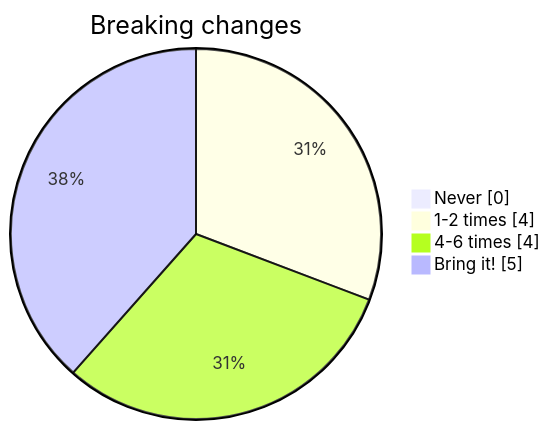
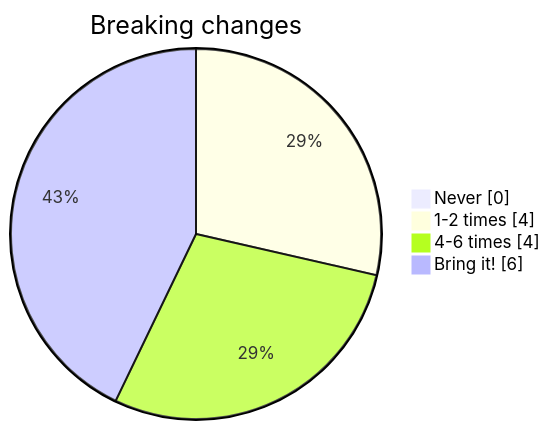
Before and after one commit to Bellfalasch/frontend-forum: the first of 2 diagrams in slides.md, drawn with Mermaid. The commit also changed other lines of this file, not shown here.

````diff
--- a/slides.md
+++ b/slides.md
@@ -97,7 +113,7 @@
 ```mermaid
 pie showData title Breaking changes
     "Never" : 0
     "1-2 times" : 4
     "4-6 times" : 4
-    "Bring it!" : 5
+    "Bring it!" : 6
 ```
````
